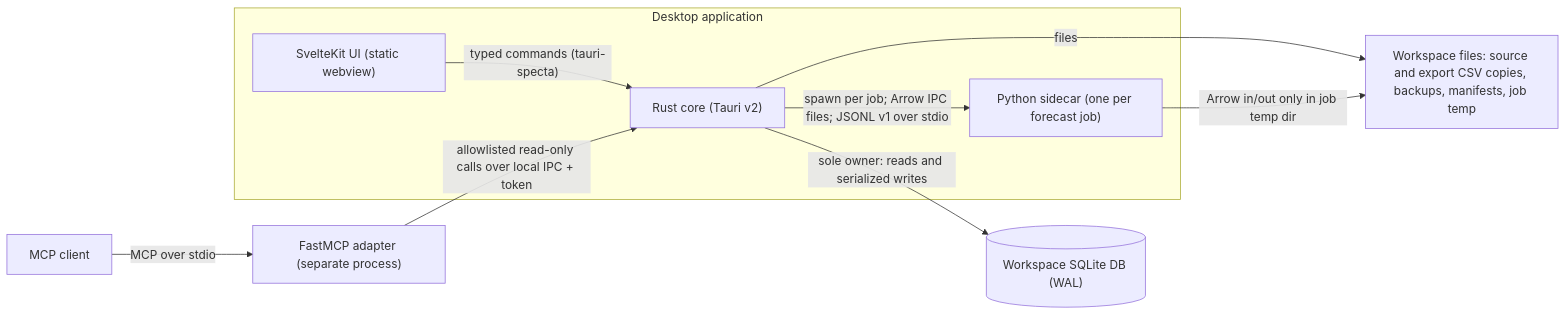
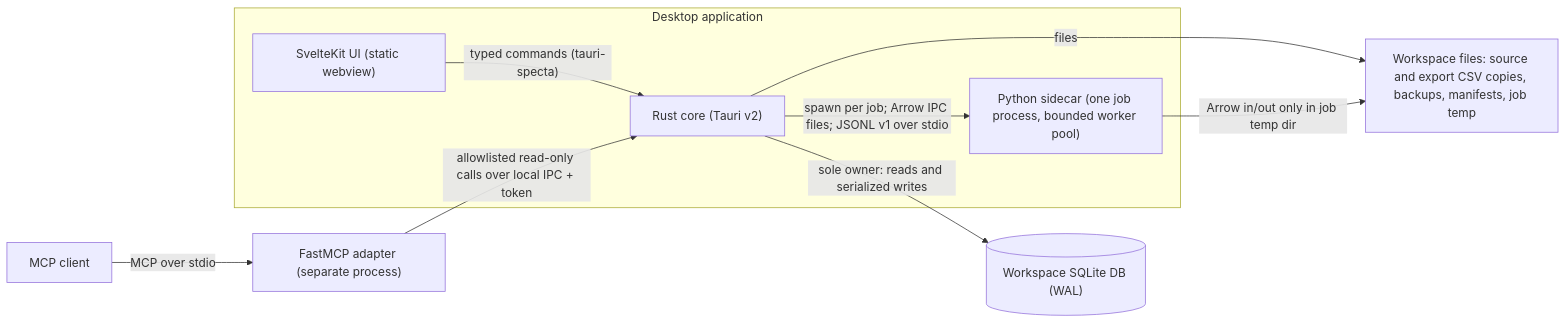
One commit to filki/opendemand changed the diagram in docs/architecture/SYSTEM_ARCHITECTURE.md. Above: the diagram before and after it, drawn with Mermaid. The commit also changed other lines of this file and 5 other files, not shown here.

````diff
--- a/docs/architecture/SYSTEM_ARCHITECTURE.md
+++ b/docs/architecture/SYSTEM_ARCHITECTURE.md
@@ -7,20 +7,20 @@
 ```mermaid
 flowchart LR
     subgraph Desktop["Desktop application"]
         UI["SvelteKit UI (static webview)"]
         CORE["Rust core (Tauri v2)"]
-        SIDE["Python sidecar (one per forecast job)"]
+        SIDE["Python sidecar (one job process, bounded worker pool)"]
     end
     MCP["FastMCP adapter (separate process)"]
     CLIENT["MCP client"]
     DB[("Workspace SQLite DB (WAL)")]
     WS["Workspace files: source and export CSV copies, backups, manifests, job temp"]
 
     UI -- "typed commands (tauri-specta)" --> CORE
     CORE -- "sole owner: reads and serialized writes" --> DB
     CORE -- "spawn per job; Arrow IPC files; JSONL v1 over stdio" --> SIDE
     CORE -- "files" --> WS
     SIDE -- "Arrow in/out only in job temp dir" --> WS
     CLIENT -- "MCP over stdio" --> MCP
     MCP -- "allowlisted read-only calls over local IPC + token" --> CORE
 ```
````
